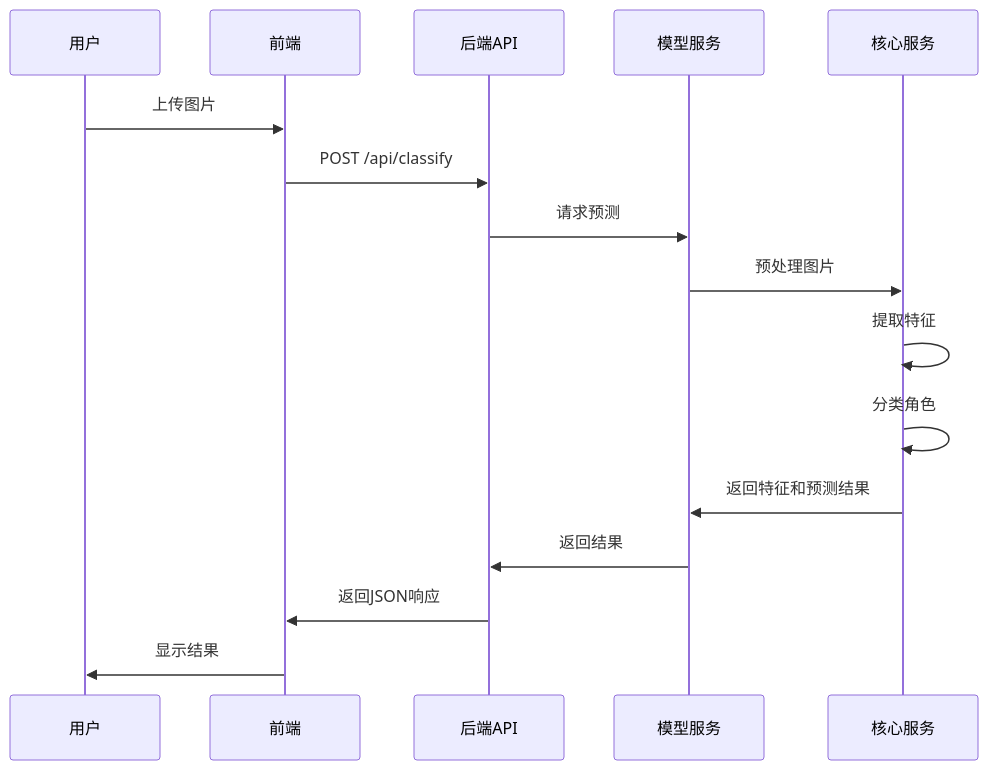
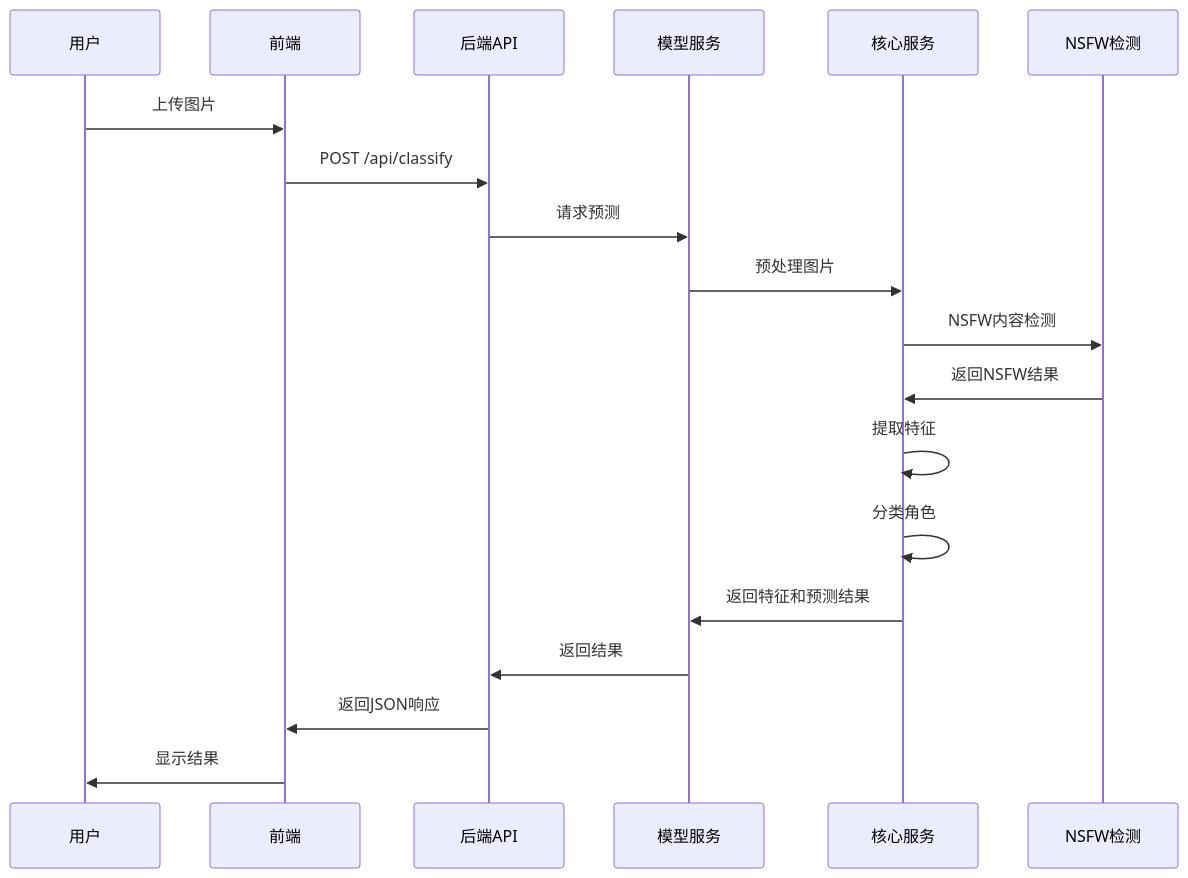
The second of 2 diagrams in README.zh.md (caozhaoqi/anime_role_detect), drawn with Mermaid before and after one commit. The commit also changed other lines of this file and 1 other file, not shown here.

````diff
--- a/README.zh.md
+++ b/README.zh.md
@@ -163,19 +171,22 @@
 ```mermaid
 sequenceDiagram
     participant 用户 as 用户
     participant 前端 as 前端
     participant API as 后端API
     participant 模型服务 as 模型服务
     participant 核心服务 as 核心服务
+    participant NSFW as NSFW检测
     
     用户->>前端: 上传图片
     前端->>API: POST /api/classify
     API->>模型服务: 请求预测
     模型服务->>核心服务: 预处理图片
+    核心服务->>NSFW: NSFW内容检测
+    NSFW->>核心服务: 返回NSFW结果
     核心服务->>核心服务: 提取特征
     核心服务->>核心服务: 分类角色
     核心服务->>模型服务: 返回特征和预测结果
     模型服务->>API: 返回结果
     API->>前端: 返回JSON响应
     前端->>用户: 显示结果
 ```
````
